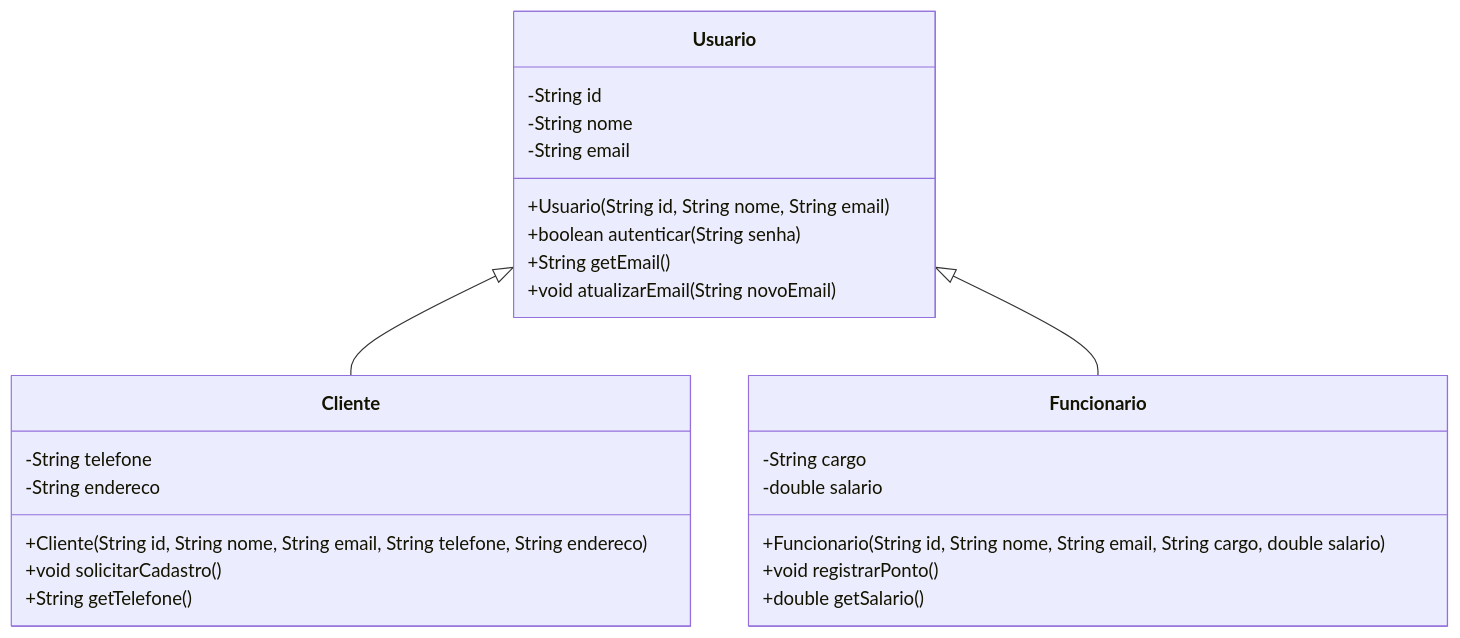
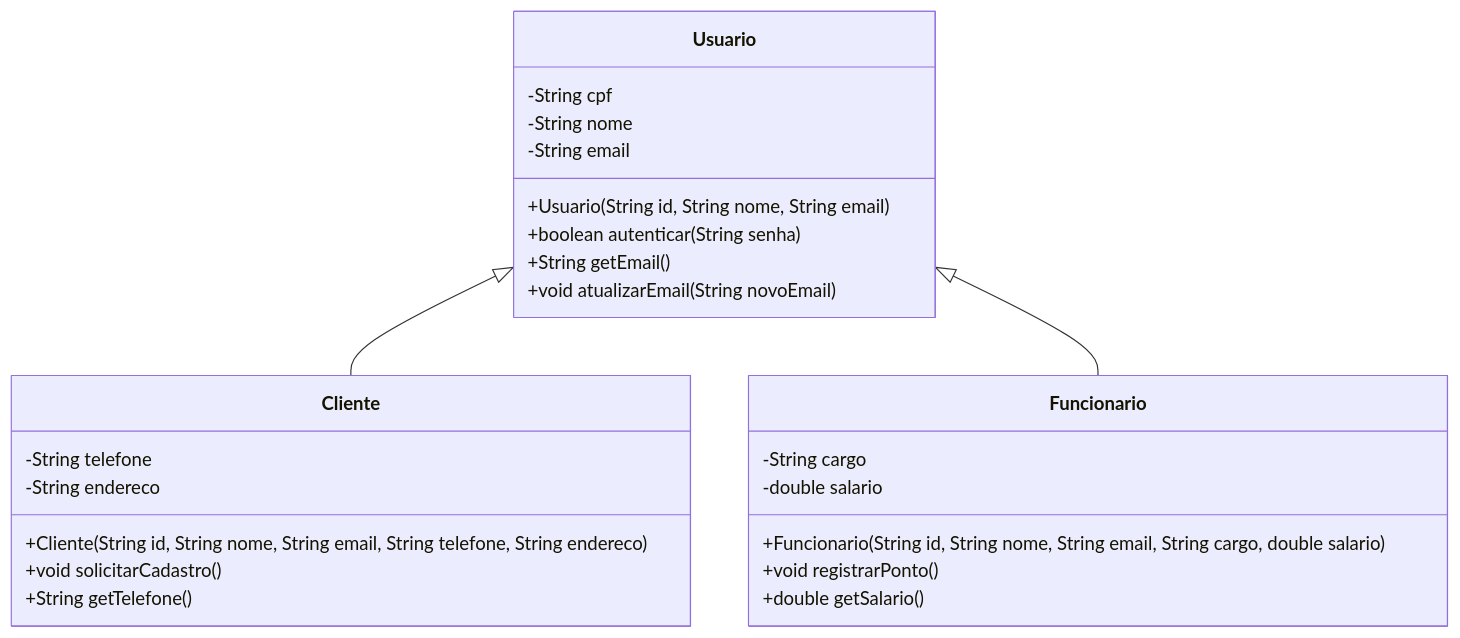
The diagram in usuario.md (gabrielriosdias/poojavaceub-grupo2), drawn with Mermaid before and after one commit.

````diff
--- a/usuario.md
+++ b/usuario.md
@@ -1,33 +1,33 @@
 ```mermaid
 classDiagram
 direction TB
 
 class Usuario {
-  -String id
+  -String cpf
   -String nome
   -String email
   +Usuario(String id, String nome, String email)
   +boolean autenticar(String senha)
   +String getEmail()
   +void atualizarEmail(String novoEmail)
 }
 
 class Cliente {
   -String telefone
   -String endereco
   +Cliente(String id, String nome, String email, String telefone, String endereco)
   +void solicitarCadastro()
   +String getTelefone()
 }
 
 class Funcionario {
   -String cargo
   -double salario
   +Funcionario(String id, String nome, String email, String cargo, double salario)
   +void registrarPonto()
   +double getSalario()
 }
 
 Usuario <|-- Cliente
 Usuario <|-- Funcionario
 ```
````
